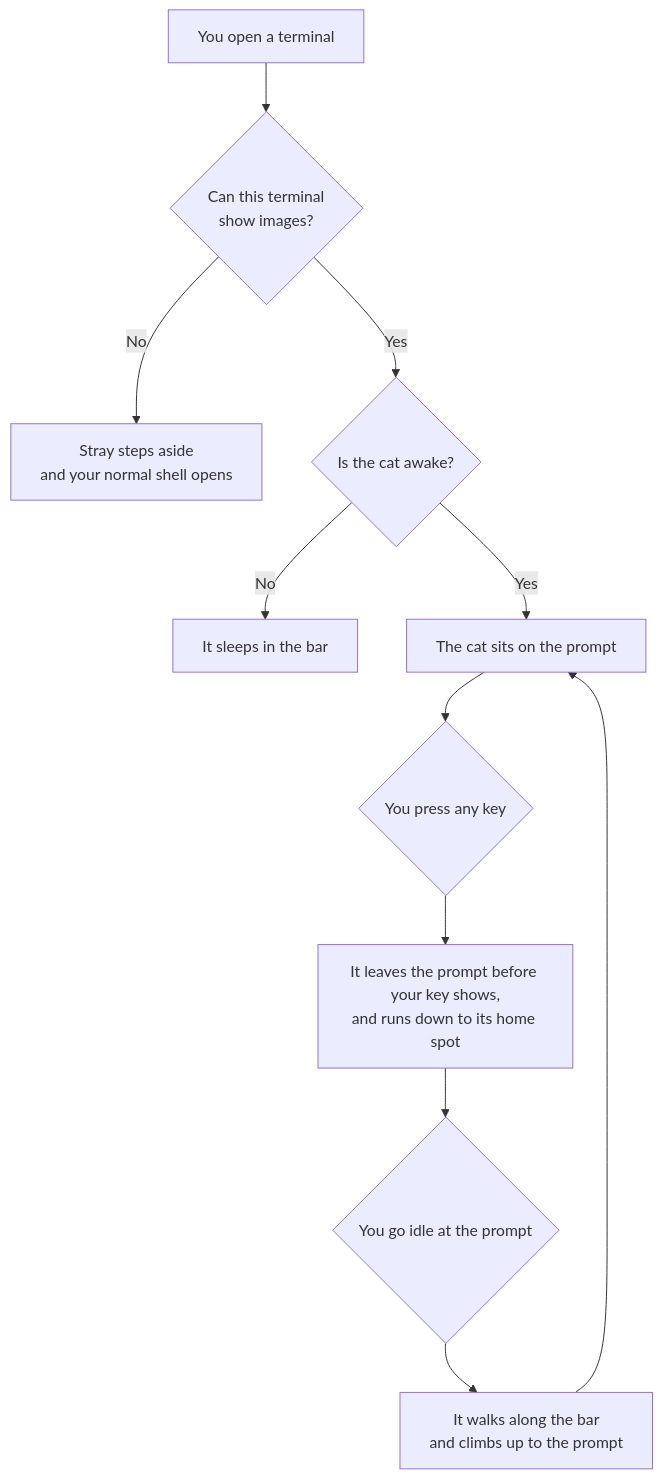
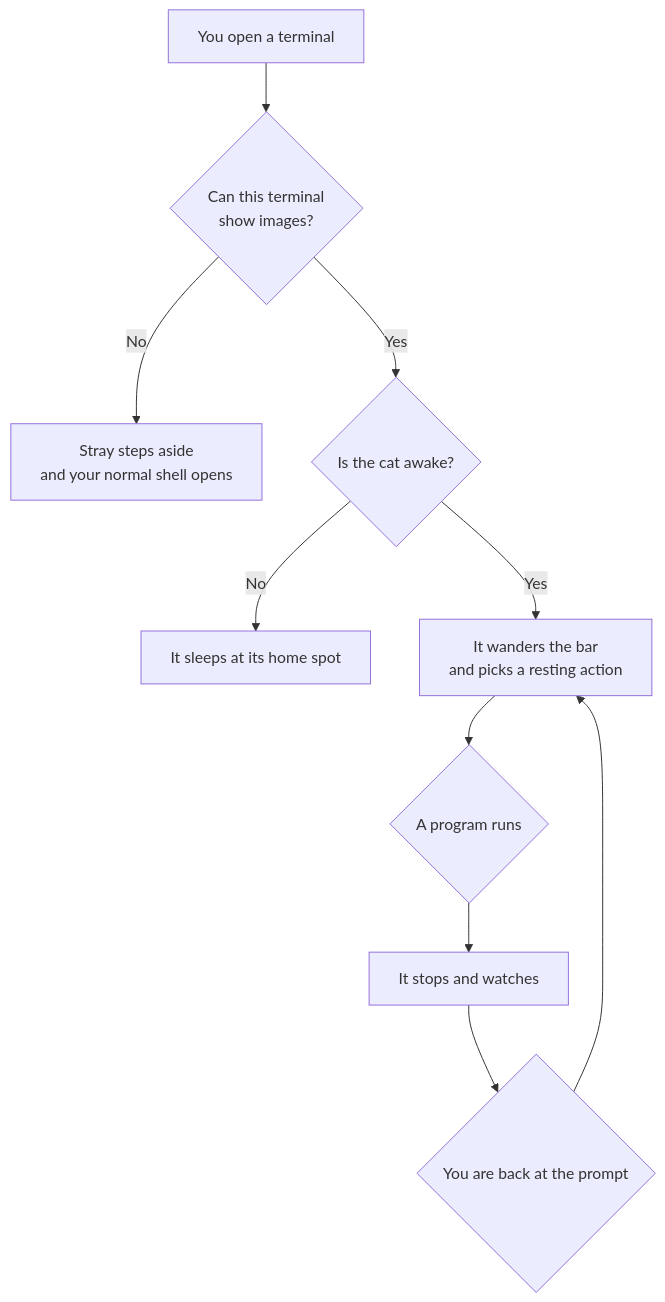
One commit to ado11231/stray changed the diagram in docs/DESIGN.md. Above: the diagram before and after it, drawn with Mermaid. The commit also changed other lines of this file and 2 other files, not shown here.

Commit message:
docs: keep the cat in the bar, drop the prompt phase

````diff
--- a/docs/DESIGN.md
+++ b/docs/DESIGN.md
@@ -74,13 +74,12 @@
 ```mermaid
 flowchart TD
     Open["You open a terminal"] --> Check{"Can this terminal<br/>show images?"}
     Check -->|No| Aside["Stray steps aside<br/>and your normal shell opens"]
     Check -->|Yes| Awake{"Is the cat awake?"}
-    Awake -->|No| Bed["It sleeps in the bar"]
-    Awake -->|Yes| Sit["The cat sits on the prompt"]
-    Sit --> Key{"You press any key"}
-    Key --> Run["It leaves the prompt before your key shows,<br/>and runs down to its home spot"]
-    Run --> Idle{"You go idle at the prompt"}
-    Idle --> Climb["It walks along the bar<br/>and climbs up to the prompt"]
-    Climb --> Sit
+    Awake -->|No| Bed["It sleeps at its home spot"]
+    Awake -->|Yes| Rest["It wanders the bar<br/>and picks a resting action"]
+    Rest --> Prog{"A program runs"}
+    Prog --> Watch["It stops and watches"]
+    Watch --> Back{"You are back at the prompt"}
+    Back --> Rest
 ```
````
